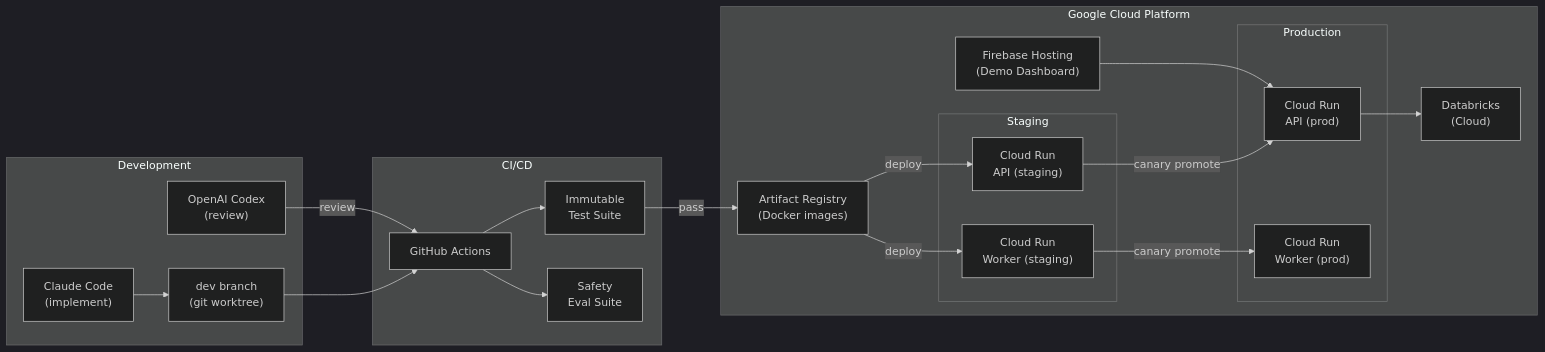
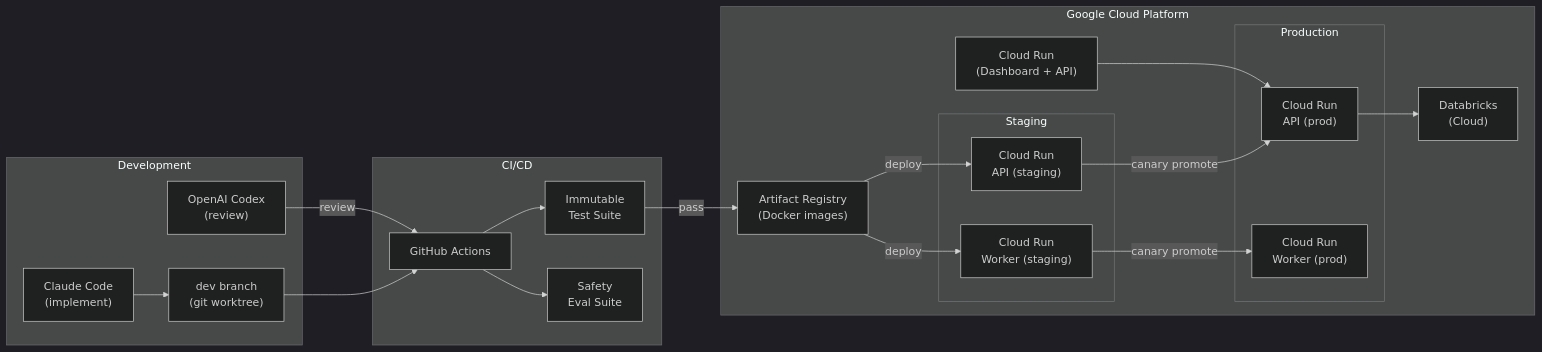
Before and after one commit to wilsonwolf/ask_mary: the fourth of 10 diagrams in local_docs/ask_mary_plan.md, drawn with Mermaid (dark theme). The commit also changed other lines of this file and 15 other files, not shown here.

````diff
--- a/local_docs/ask_mary_plan.md
+++ b/local_docs/ask_mary_plan.md
@@ -730,41 +730,41 @@
 ```mermaid
 graph LR
     subgraph "Development"
         DEV_BRANCH["dev branch<br/>(git worktree)"]
         CC["Claude Code<br/>(implement)"]
         CODEX["OpenAI Codex<br/>(review)"]
     end
 
     subgraph "CI/CD"
         GH["GitHub Actions"]
         TESTS["Immutable<br/>Test Suite"]
         SAFETY["Safety<br/>Eval Suite"]
     end
 
     subgraph "Google Cloud Platform"
         AR["Artifact Registry<br/>(Docker images)"]
         subgraph "Staging"
             STG_API["Cloud Run<br/>API (staging)"]
             STG_WORKER["Cloud Run<br/>Worker (staging)"]
         end
         subgraph "Production"
             PROD_API["Cloud Run<br/>API (prod)"]
             PROD_WORKER["Cloud Run<br/>Worker (prod)"]
         end
-        FB["Firebase Hosting<br/>(Demo Dashboard)"]
+        FB["Cloud Run<br/>(Dashboard + API)"]
         DB_CLOUD["Databricks<br/>(Cloud)"]
     end
 
     CC --> DEV_BRANCH
     DEV_BRANCH --> GH
     CODEX -->|review| GH
     GH --> TESTS
     GH --> SAFETY
     TESTS -->|pass| AR
     AR -->|deploy| STG_API
     AR -->|deploy| STG_WORKER
     STG_API -->|canary promote| PROD_API
     STG_WORKER -->|canary promote| PROD_WORKER
     PROD_API --> DB_CLOUD
     FB --> PROD_API
 ```
````
